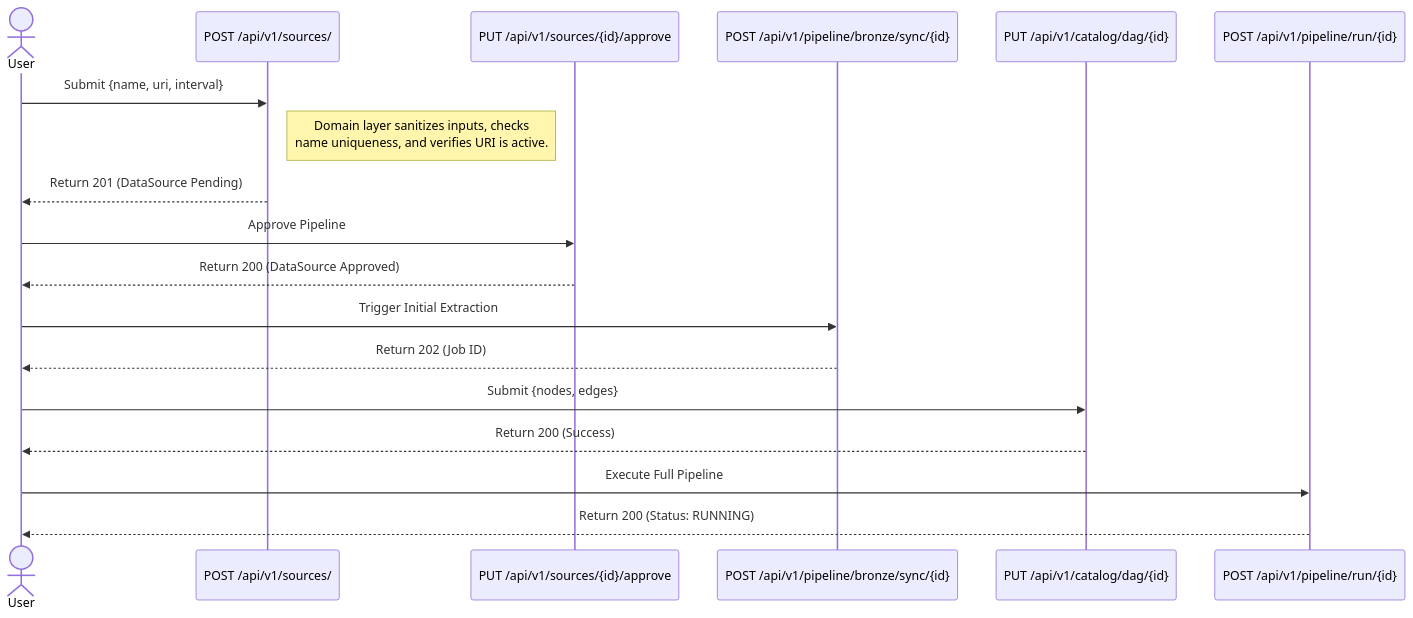
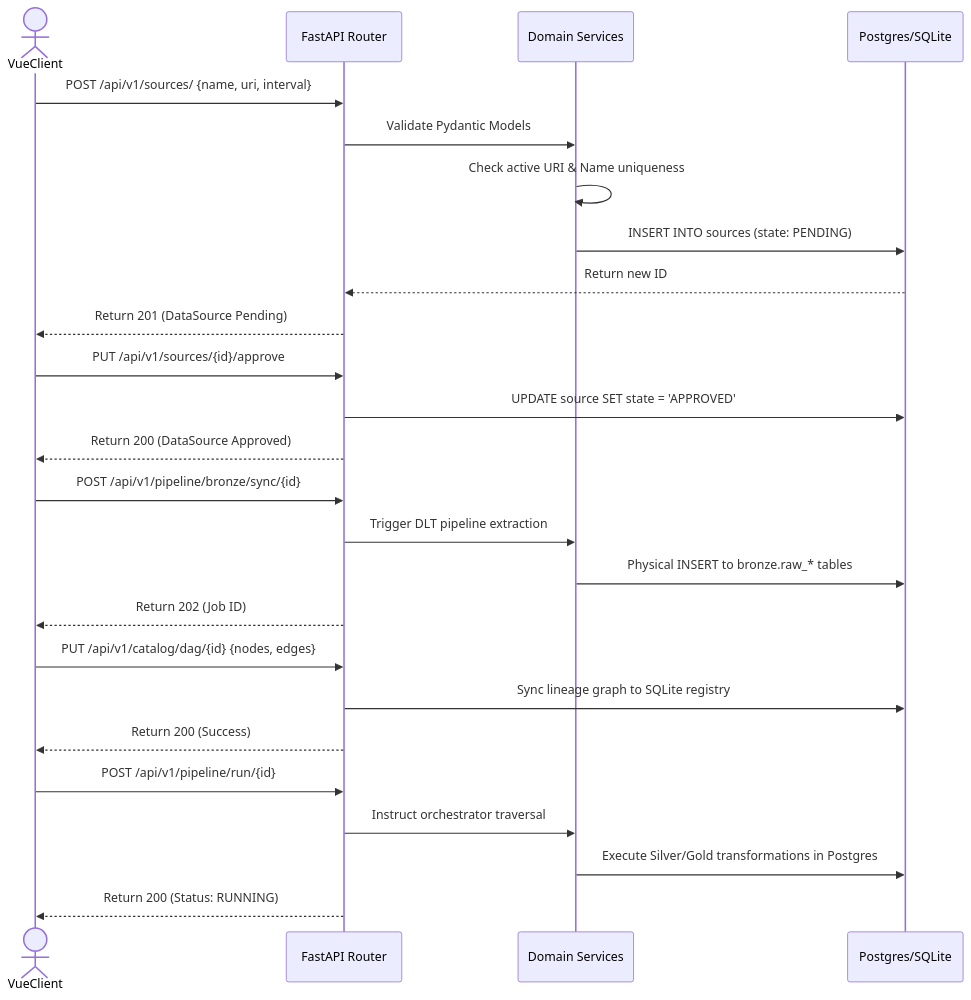
The diagram in docs/explanation/user-flows/register-source.md (mnaatjes/elite-etl), drawn with Mermaid before and after one commit. The commit also changed 1 other file, not shown here.

Commit message:
userflow sources

````diff
--- a/docs/explanation/user-flows/register-source.md
+++ b/docs/explanation/user-flows/register-source.md
@@ -12,30 +12,37 @@
 ```mermaid
 sequenceDiagram
-    actor User
-    participant Source as POST /api/v1/sources/
-    participant Approve as PUT /api/v1/sources/{id}/approve
-    participant Sync as POST /api/v1/pipeline/bronze/sync/{id}
-    participant DAG as PUT /api/v1/catalog/dag/{id}
-    participant Run as POST /api/v1/pipeline/run/{id}
-    
+    actor VueClient
+    participant API as FastAPI Router
+    participant Domain as Domain Services
+    participant DB as Postgres/SQLite
+
     %% Step 1: Registration with internal validation
-    User->>Source: Submit {name, uri, interval}
-    Note right of Source: Domain layer sanitizes inputs, checks<br/>name uniqueness, and verifies URI is active.
-    Source-->>User: Return 201 (DataSource Pending)
+    VueClient->>API: POST /api/v1/sources/ {name, uri, interval}
+    API->>Domain: Validate Pydantic Models
+    Domain->>Domain: Check active URI & Name uniqueness
+    Domain->>DB: INSERT INTO sources (state: PENDING)
+    DB-->>API: Return new ID
+    API-->>VueClient: Return 201 (DataSource Pending)
     
     %% Step 2: Approval
-    User->>Approve: Approve Pipeline
-    Approve-->>User: Return 200 (DataSource Approved)
+    VueClient->>API: PUT /api/v1/sources/{id}/approve
+    API->>DB: UPDATE source SET state = 'APPROVED'
+    API-->>VueClient: Return 200 (DataSource Approved)
     
     %% Step 3: Bronze Sync
-    User->>Sync: Trigger Initial Extraction
-    Sync-->>User: Return 202 (Job ID)
+    VueClient->>API: POST /api/v1/pipeline/bronze/sync/{id}
+    API->>Domain: Trigger DLT pipeline extraction
+    Domain->>DB: Physical INSERT to bronze.raw_* tables
+    API-->>VueClient: Return 202 (Job ID)
     
     %% Step 4: DAG Compilation
-    User->>DAG: Submit {nodes, edges}
-    DAG-->>User: Return 200 (Success)
+    VueClient->>API: PUT /api/v1/catalog/dag/{id} {nodes, edges}
+    API->>DB: Sync lineage graph to SQLite registry
+    API-->>VueClient: Return 200 (Success)
     
     %% Step 5: Unified Run
-    User->>Run: Execute Full Pipeline
-    Run-->>User: Return 200 (Status: RUNNING)
+    VueClient->>API: POST /api/v1/pipeline/run/{id}
+    API->>Domain: Instruct orchestrator traversal
+    Domain->>DB: Execute Silver/Gold transformations in Postgres
+    API-->>VueClient: Return 200 (Status: RUNNING)
 ```
````
